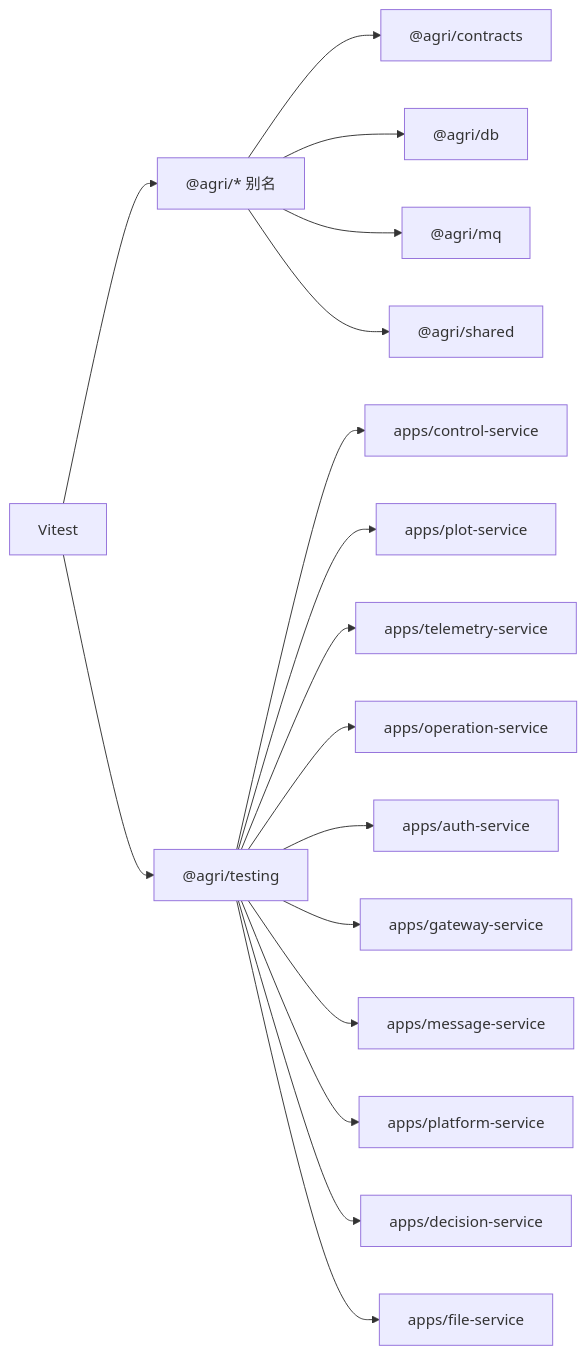
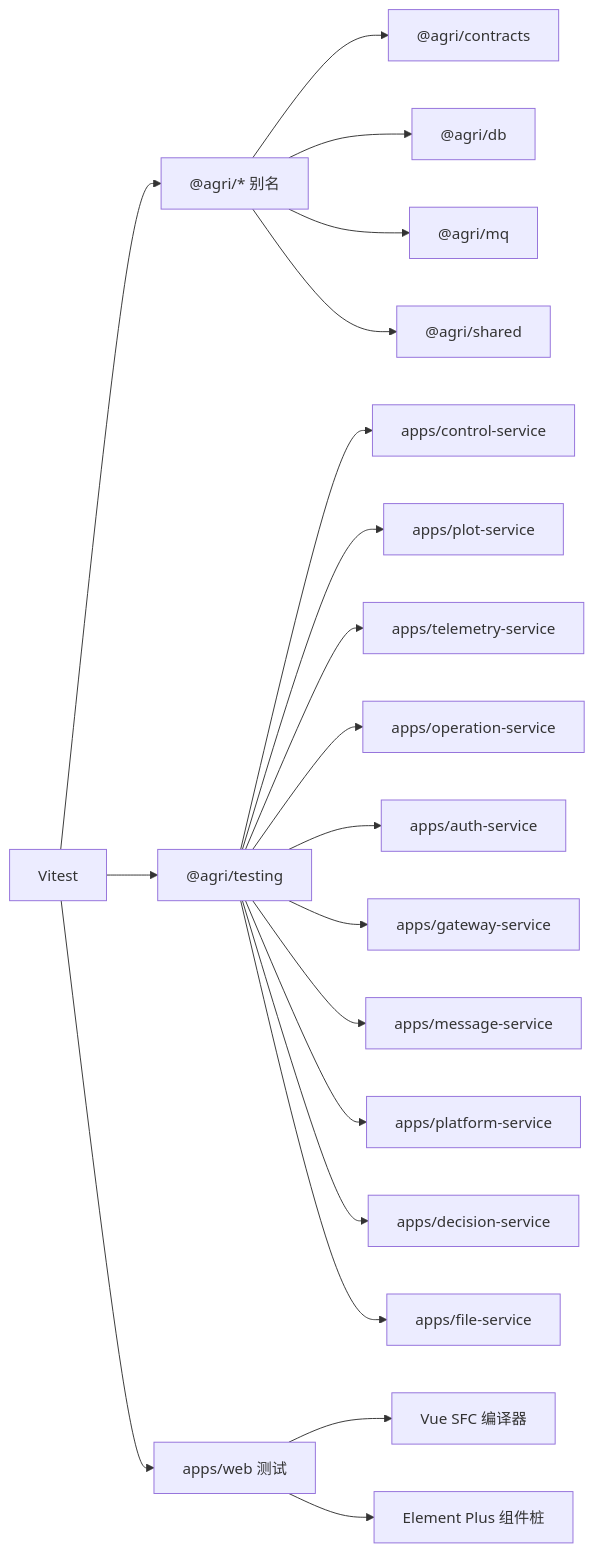
One commit to q446328246/agri-platform changed diagram 28 of 28 in .qoder/repowiki/zh/content/测试策略/测试策略.md. Above: the diagram before and after it, drawn with Mermaid. The commit also changed other lines of this file and 35 other files, not shown here.

````diff
--- a/.qoder/repowiki/zh/content/测试策略/测试策略.md
+++ b/.qoder/repowiki/zh/content/测试策略/测试策略.md
@@ -1037,19 +806,22 @@
 ```mermaid
 graph LR
 Vitest["Vitest"] --> Alias["@agri/* 别名"]
 Alias --> Contracts["@agri/contracts"]
 Alias --> Db["@agri/db"]
 Alias --> Mq["@agri/mq"]
 Alias --> Shared["@agri/shared"]
 Vitest --> Testing["@agri/testing"]
 Testing --> ControlService["apps/control-service"]
 Testing --> PlotService["apps/plot-service"]
 Testing --> TelemetryService["apps/telemetry-service"]
 Testing --> OperationService["apps/operation-service"]
 Testing --> AuthService["apps/auth-service"]
 Testing --> GatewayService["apps/gateway-service"]
 Testing --> MessageService["apps/message-service"]
 Testing --> PlatformService["apps/platform-service"]
 Testing --> DecisionService["apps/decision-service"]
 Testing --> FileService["apps/file-service"]
+Vitest --> WebTests["apps/web 测试"]
+WebTests --> VueCompiler["Vue SFC 编译器"]
+WebTests --> ElementPlus["Element Plus 组件桩"]
 ```
````
